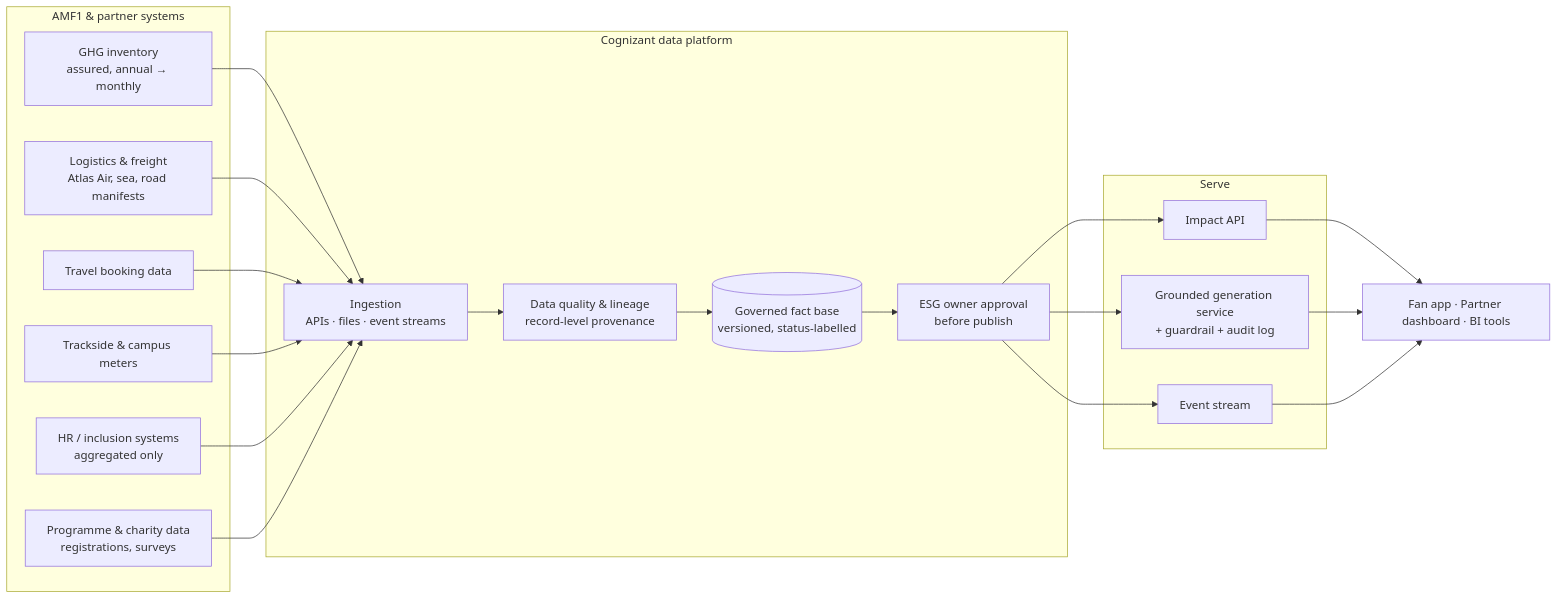
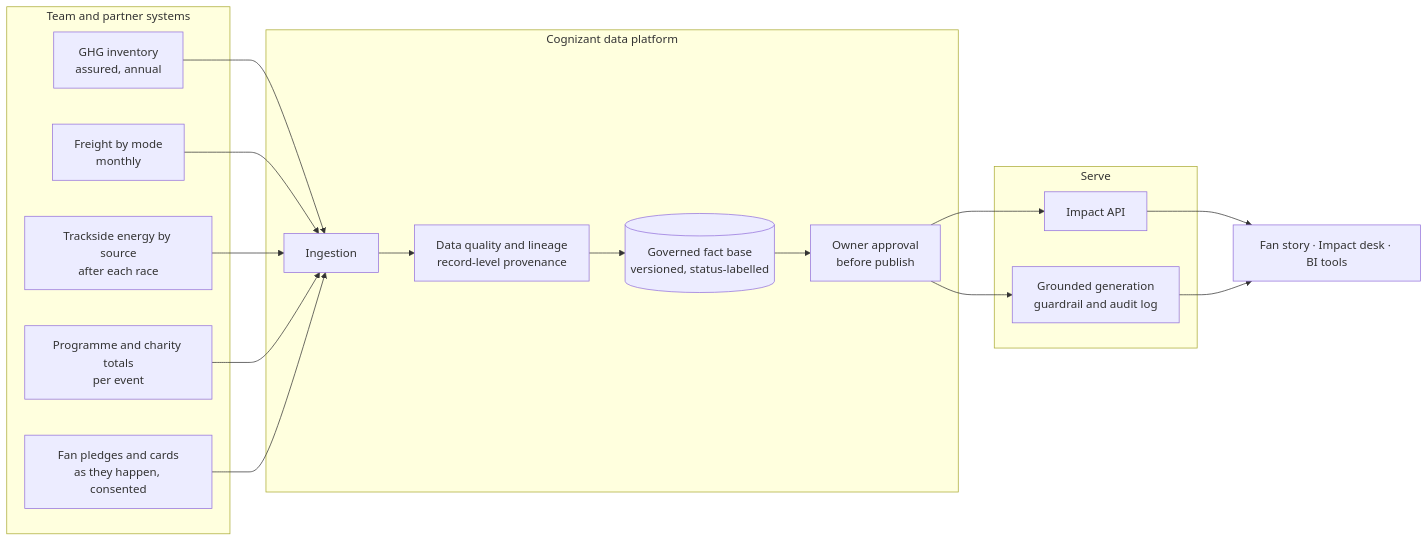
One commit to maahir-garg/cognizant-amf1 changed the second of 2 diagrams in docs/architecture.md. Above: the diagram before and after it, drawn with Mermaid. The commit also changed other lines of this file and 1 other file, not shown here.

First line of the commit message:
docs: update README and architecture for the new IA

````diff
--- a/docs/architecture.md
+++ b/docs/architecture.md
@@ -73,29 +116,27 @@
 ```mermaid
 flowchart LR
-  subgraph AMF1["AMF1 & partner systems"]
-    GHG["GHG inventory<br/>assured, annual → monthly"]
-    LOG[Logistics & freight<br/>Atlas Air, sea, road manifests]
-    TRAVEL[Travel booking data]
-    ENERGY[Trackside & campus meters]
-    HR["HR / inclusion systems<br/>aggregated only"]
-    PROG[Programme & charity data<br/>registrations, surveys]
+  subgraph Team["Team and partner systems"]
+    GHG["GHG inventory<br/>assured, annual"]
+    LOG[Freight by mode<br/>monthly]
+    ENERGY[Trackside energy by source<br/>after each race]
+    PROG[Programme and charity totals<br/>per event]
+    FANS[Fan pledges and cards<br/>as they happen, consented]
   end
 
   subgraph Platform["Cognizant data platform"]
-    ING[Ingestion<br/>APIs · files · event streams]
-    DQ["Data quality & lineage<br/>record-level provenance"]
+    ING[Ingestion]
+    DQ["Data quality and lineage<br/>record-level provenance"]
     FB[("Governed fact base<br/>versioned, status-labelled")]
-    APPROVE[ESG owner approval<br/>before publish]
+    APPROVE[Owner approval<br/>before publish]
   end
 
   subgraph Serve
     APIGW[Impact API]
-    AIS[Grounded generation service<br/>+ guardrail + audit log]
-    STREAM[Event stream]
+    AIS[Grounded generation<br/>guardrail and audit log]
   end
 
-  GHG & LOG & TRAVEL & ENERGY & HR & PROG --> ING --> DQ --> FB --> APPROVE --> APIGW & AIS & STREAM
-  APIGW --> Apps[Fan app · Partner dashboard · BI tools]
+  GHG & LOG & ENERGY & PROG --> ING --> DQ --> FB --> APPROVE --> APIGW & AIS
+  FANS --> ING
+  APIGW --> Apps[Fan story · Impact desk · BI tools]
   AIS --> Apps
-  STREAM --> Apps
 ```
````
